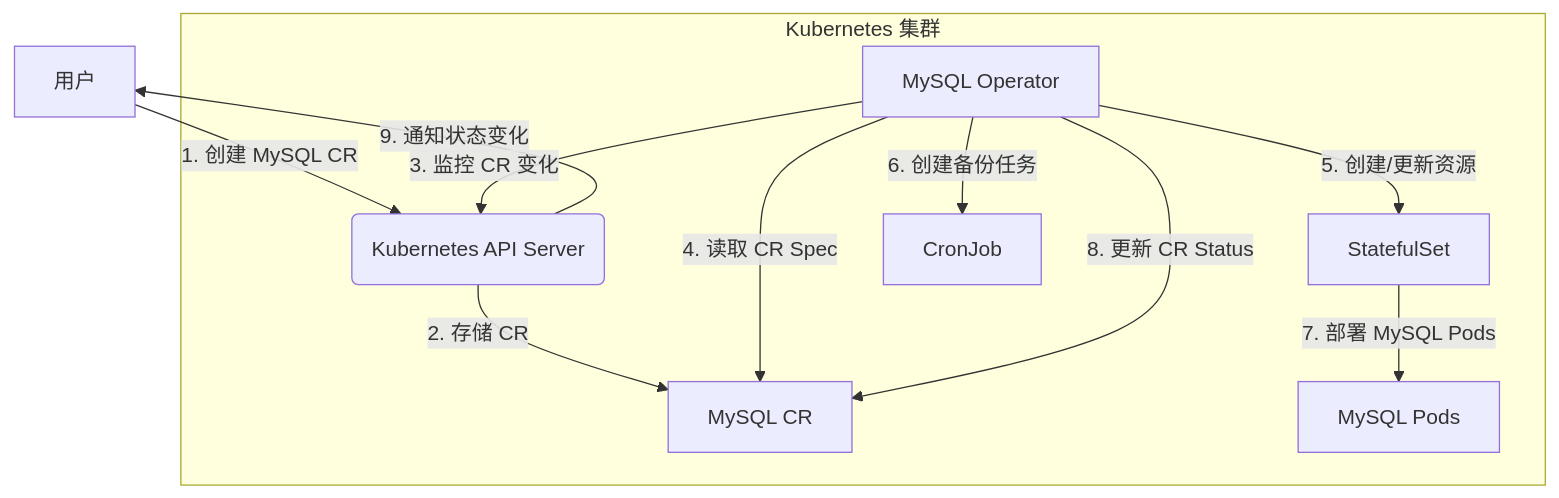
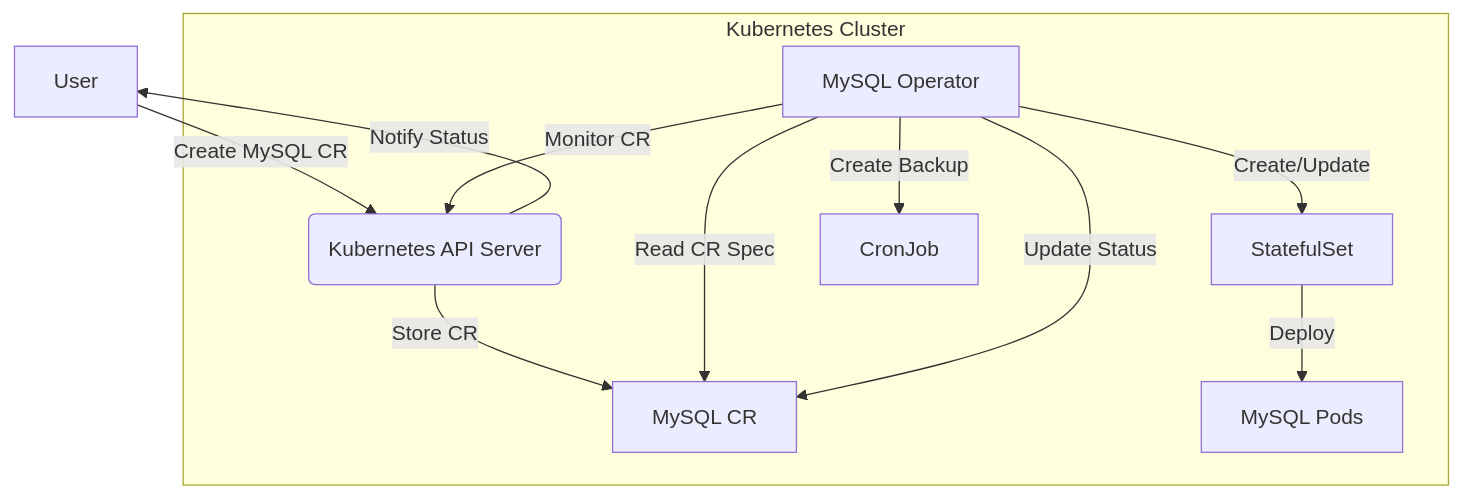
The diagram in files/openshift-operator.md (liweinan/deepseek-answers), drawn with Mermaid before and after one commit.

Commit message:
save progress

````diff
--- a/files/openshift-operator.md
+++ b/files/openshift-operator.md
@@ -306,21 +306,21 @@
 ```mermaid
 graph TD
-    A[用户] -->|1. 创建 MySQL CR| B(Kubernetes API Server)
-    B -->|2. 存储 CR| C[MySQL CR]
-    D[MySQL Operator] -->|3. 监控 CR 变化| B
-    D -->|4. 读取 CR Spec| C
-    D -->|5. 创建/更新资源| E[StatefulSet]
-    D -->|6. 创建备份任务| F[CronJob]
-    E -->|7. 部署 MySQL Pods| G[MySQL Pods]
-    D -->|8. 更新 CR Status| C
-    B -->|9. 通知状态变化| A
+    A[User] -->|Create MySQL CR| B(Kubernetes API Server)
+    B -->|Store CR| C[MySQL CR]
+    D[MySQL Operator] -->|Monitor CR| B
+    D -->|Read CR Spec| C
+    D -->|Create/Update| E[StatefulSet]
+    D -->|Create Backup| F[CronJob]
+    E -->|Deploy| G[MySQL Pods]
+    D -->|Update Status| C
+    B -->|Notify Status| A
 
-    subgraph Kubernetes 集群
+    subgraph Kubernetes Cluster
         B
         C
         D
         E
         F
         G
     end
 ```
````
